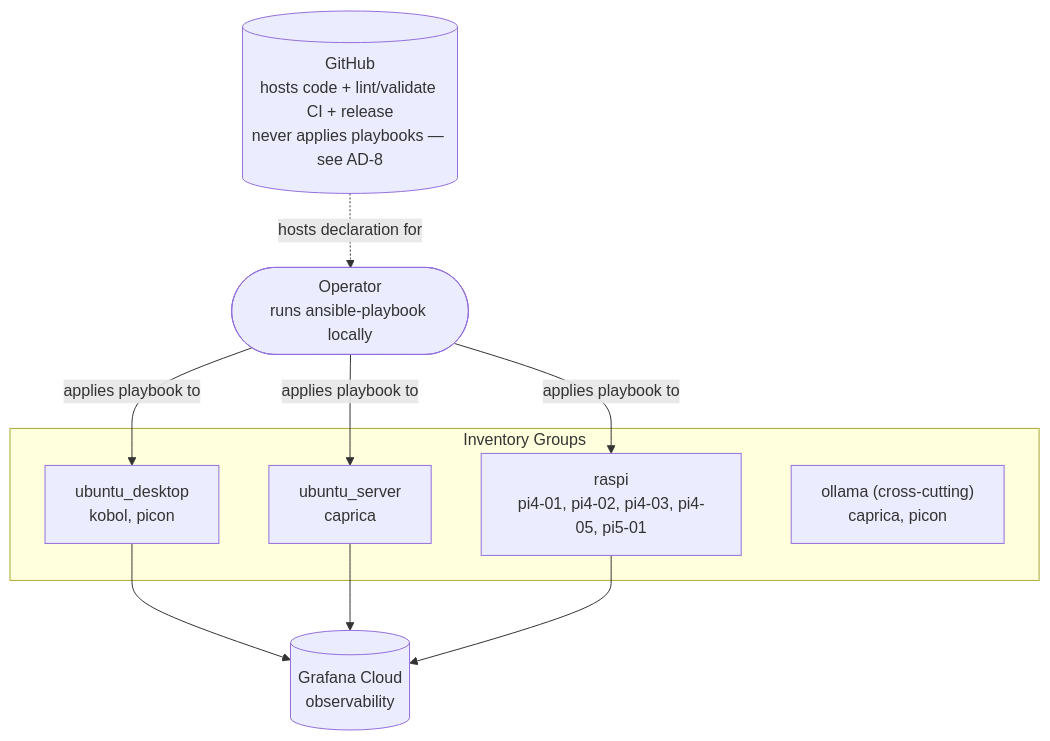
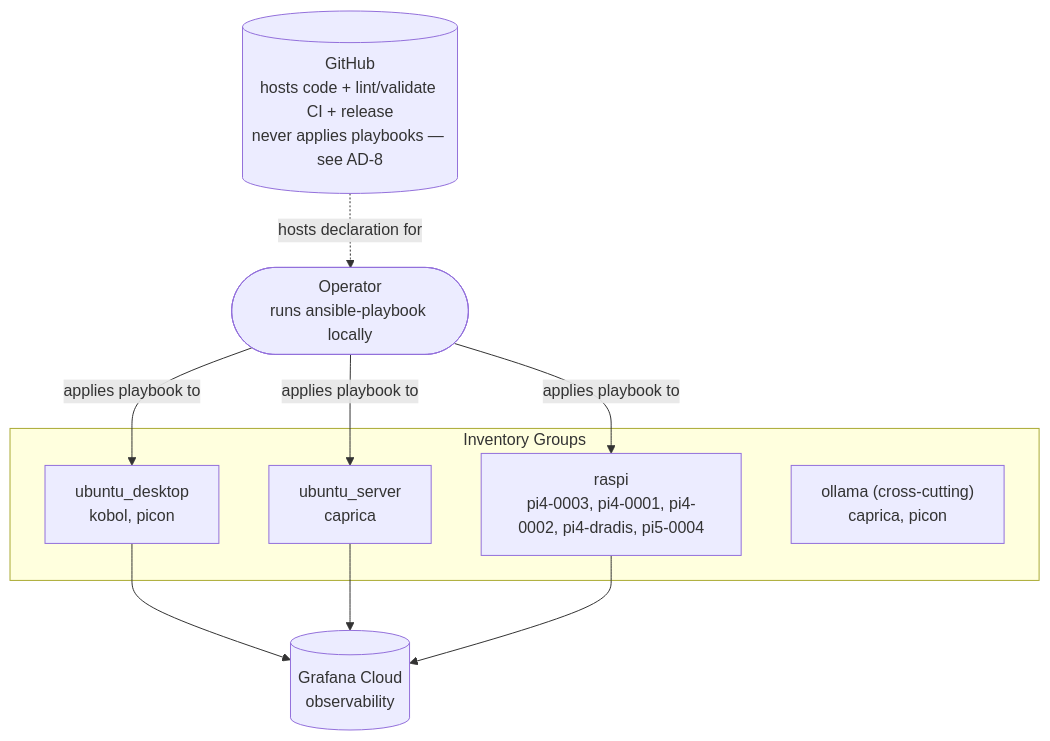
One commit to sommerfeld-io/configs-homelab changed the second of 2 diagrams in _bmad-output/planning-artifacts/architecture/architecture-configs-homelab-2026-08-24/ARCHITECTURE-SPINE.md. Above: the diagram before and after it, drawn with Mermaid. The commit also changed other lines of this file and 13 other files, not shown here.

````diff
--- a/_bmad-output/planning-artifacts/architecture/architecture-configs-homelab-2026-08-24/ARCHITECTURE-SPINE.md
+++ b/_bmad-output/planning-artifacts/architecture/architecture-configs-homelab-2026-08-24/ARCHITECTURE-SPINE.md
@@ -144,20 +144,20 @@
 ```mermaid
 graph TD
     subgraph Inventory Groups
         UD["ubuntu_desktop<br/>kobol, picon"]
         US["ubuntu_server<br/>caprica"]
-        RP["raspi<br/>pi4-01, pi4-02, pi4-03, pi4-05, pi5-01"]
+        RP["raspi<br/>pi4-0003, pi4-0001, pi4-0002, pi4-dradis, pi5-0004"]
         OL["ollama (cross-cutting)<br/>caprica, picon"]
     end
     OP(["Operator<br/>runs ansible-playbook locally"])
     GH[("GitHub<br/>hosts code + lint/validate CI + release<br/>never applies playbooks — see AD-8")]
     GC[("Grafana Cloud<br/>observability")]
 
     GH -. "hosts declaration for" .-> OP
     OP -- "applies playbook to" --> UD
     OP -- "applies playbook to" --> US
     OP -- "applies playbook to" --> RP
     UD --> GC
     US --> GC
     RP --> GC
 ```
````
